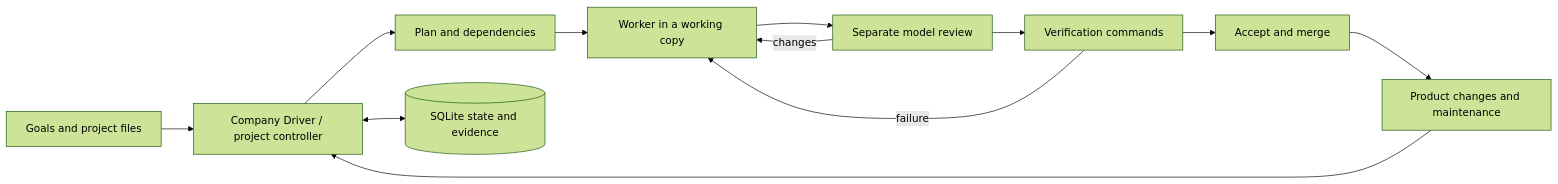
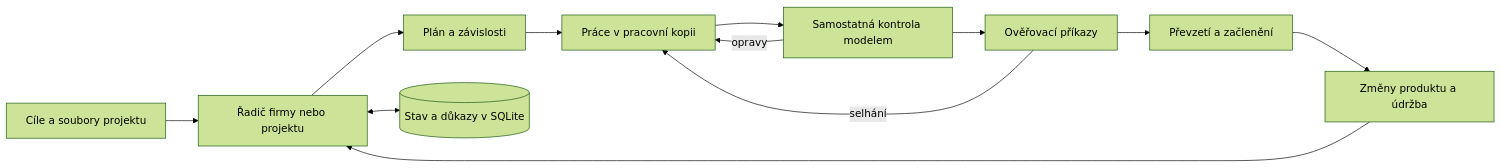
The diagram in README.md (RulezZzOr/miner), drawn with Mermaid (forest theme) before and after one commit. The commit also changed other lines of this file and 70 other files, not shown here.

````diff
--- a/README.md
+++ b/README.md
@@ -50,14 +52,14 @@
 ```mermaid
 flowchart LR
-    Owner[Goals and project files] --> Driver[Company Driver / project controller]
-    Driver --> Plan[Plan and dependencies]
-    Plan --> Worker[Worker in a working copy]
-    Worker --> Review[Separate model review]
-    Review --> Checks[Verification commands]
-    Checks --> Accept[Accept and merge]
-    Review -->|changes| Worker
-    Checks -->|failure| Worker
-    Accept --> Queue[Product changes and maintenance]
+    Owner[Cíle a soubory projektu] --> Driver[Řadič firmy nebo projektu]
+    Driver --> Plan[Plán a závislosti]
+    Plan --> Worker[Práce v pracovní kopii]
+    Worker --> Review[Samostatná kontrola modelem]
+    Review --> Checks[Ověřovací příkazy]
+    Checks --> Accept[Převzetí a začlenění]
+    Review -->|opravy| Worker
+    Checks -->|selhání| Worker
+    Accept --> Queue[Změny produktu a údržba]
     Queue --> Driver
-    Driver <--> State[(SQLite state and evidence)]
+    Driver <--> State[(Stav a důkazy v SQLite)]
 ```
````
